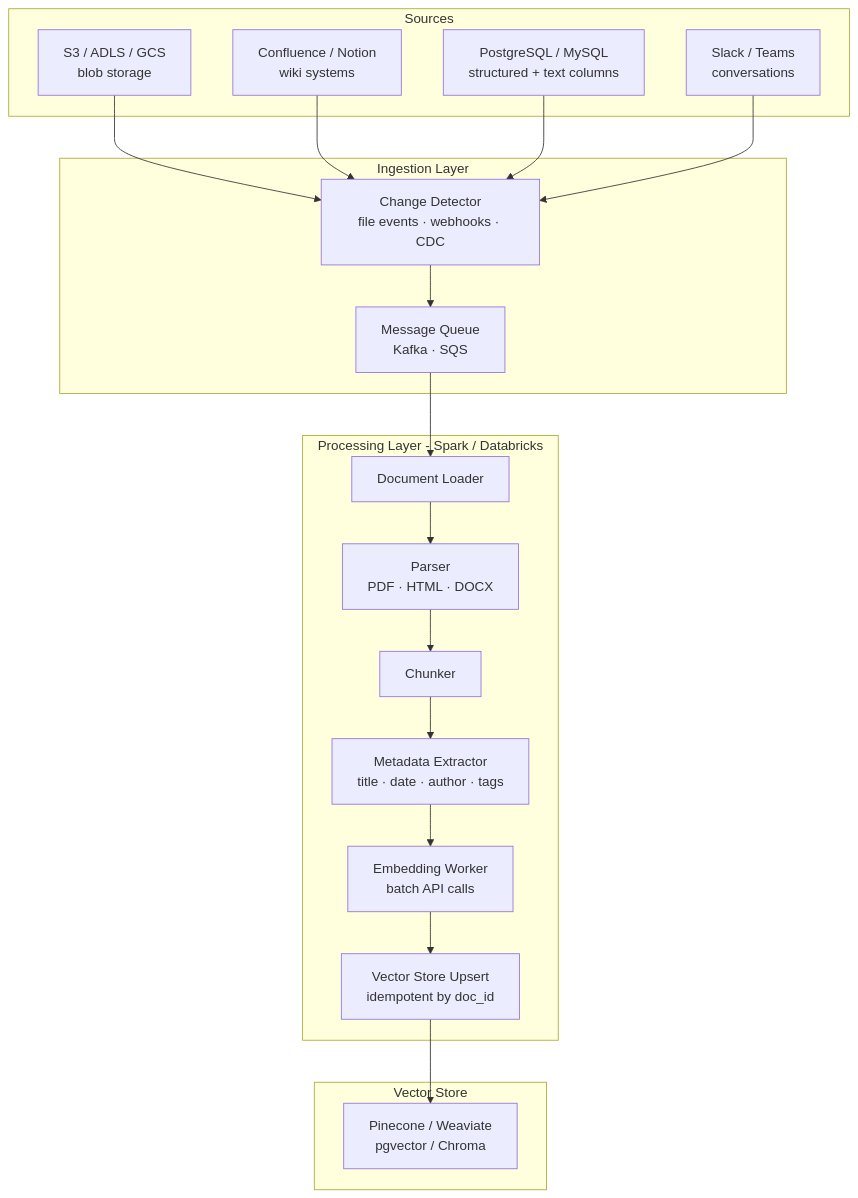
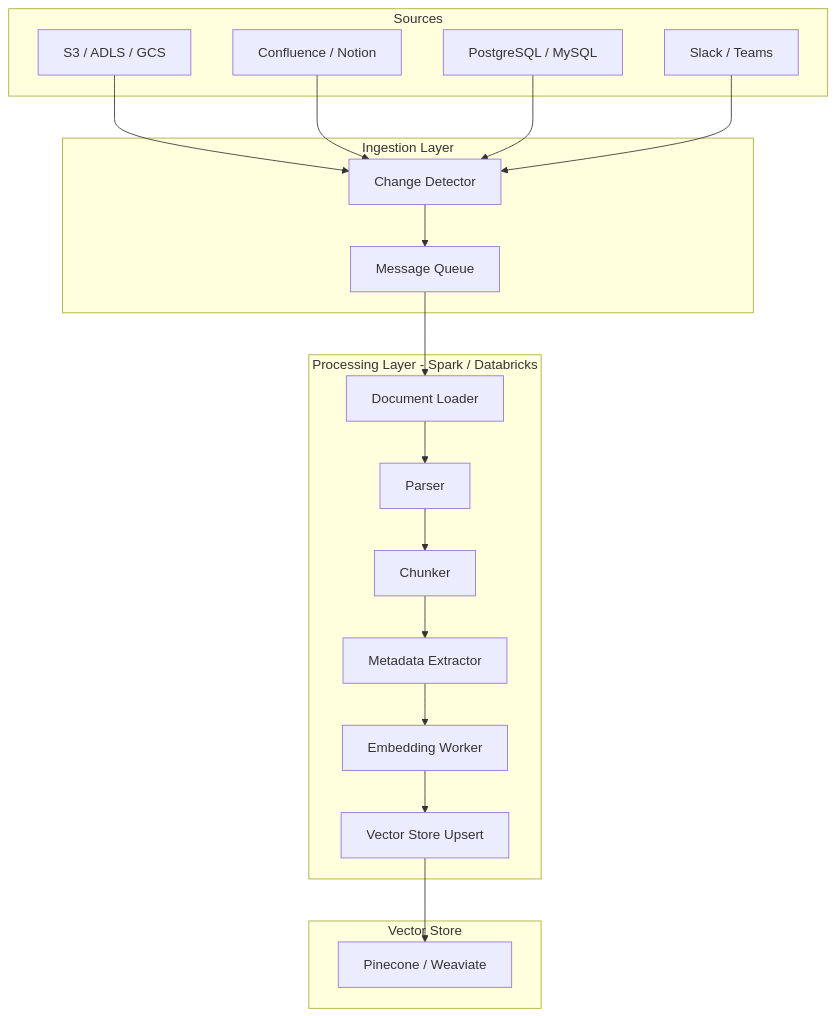
Before and after one commit to gcmishra7/data-engineering-helper: the diagram in 11-ai-data-engineering/02-rag-pipeline-engineering.md, drawn with Mermaid. The commit also changed other lines of this file and 57 other files, not shown here.

First line of the commit message:
Shorten mermaid node labels to fix text truncation on GitHub

````diff
--- a/11-ai-data-engineering/02-rag-pipeline-engineering.md
+++ b/11-ai-data-engineering/02-rag-pipeline-engineering.md
@@ -8,33 +8,33 @@
 ```mermaid
 graph TD
     subgraph Sources
-        S3[S3 / ADLS / GCS<br/>blob storage]
-        CONF[Confluence / Notion<br/>wiki systems]
-        DB[PostgreSQL / MySQL<br/>structured + text columns]
-        SLACK[Slack / Teams<br/>conversations]
+        S3[S3 / ADLS / GCS]
+        CONF[Confluence / Notion]
+        DB[PostgreSQL / MySQL]
+        SLACK[Slack / Teams]
     end
 
     subgraph Ingestion Layer
-        WATCH[Change Detector<br/>file events · webhooks · CDC]
-        WATCH --> Q[Message Queue<br/>Kafka · SQS]
+        WATCH[Change Detector]
+        WATCH --> Q[Message Queue]
     end
 
     subgraph Processing Layer - Spark / Databricks
         Q --> LOAD[Document Loader]
-        LOAD --> PARSE[Parser<br/>PDF · HTML · DOCX]
+        LOAD --> PARSE[Parser]
         PARSE --> CHUNK[Chunker]
-        CHUNK --> META[Metadata Extractor<br/>title · date · author · tags]
-        META --> EMBED[Embedding Worker<br/>batch API calls]
-        EMBED --> UPSERT[Vector Store Upsert<br/>idempotent by doc_id]
+        CHUNK --> META[Metadata Extractor]
+        META --> EMBED[Embedding Worker]
+        EMBED --> UPSERT[Vector Store Upsert]
     end
 
     subgraph Vector Store
-        VS[Pinecone / Weaviate<br/>pgvector / Chroma]
+        VS[Pinecone / Weaviate]
     end
 
     UPSERT --> VS
     S3 --> WATCH
     CONF --> WATCH
     DB --> WATCH
     SLACK --> WATCH
 ```
````
